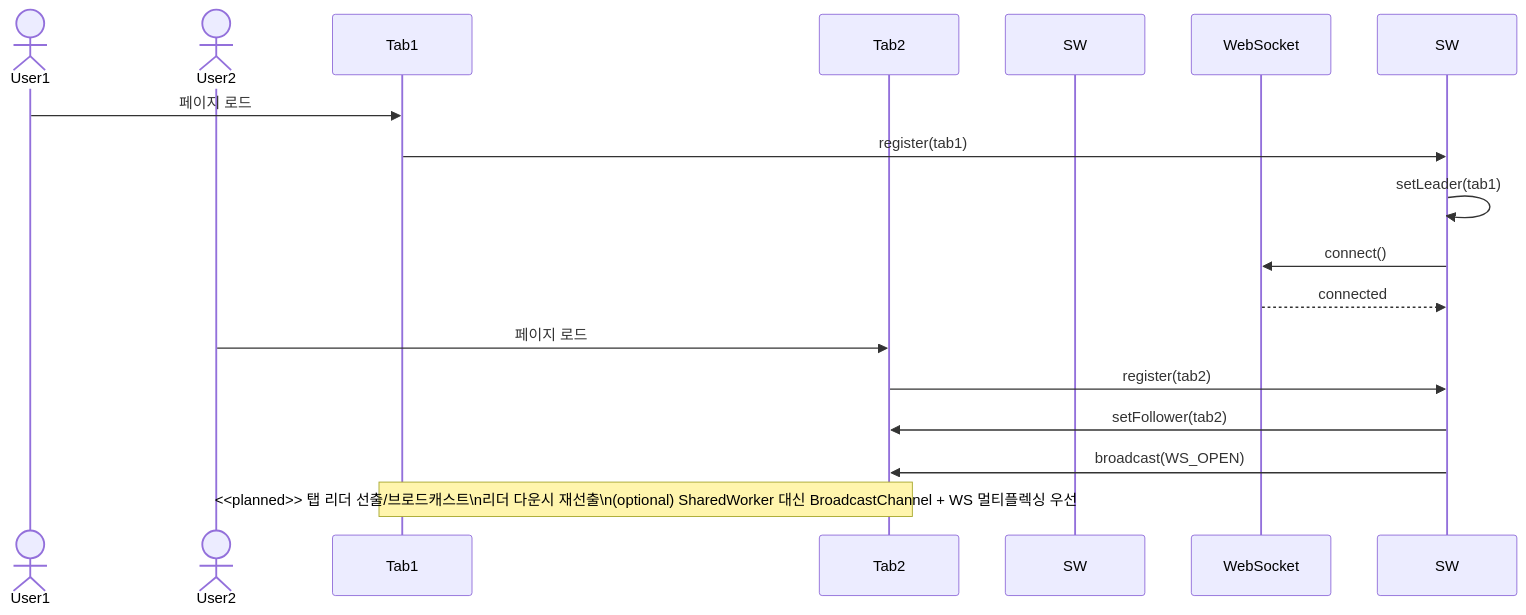
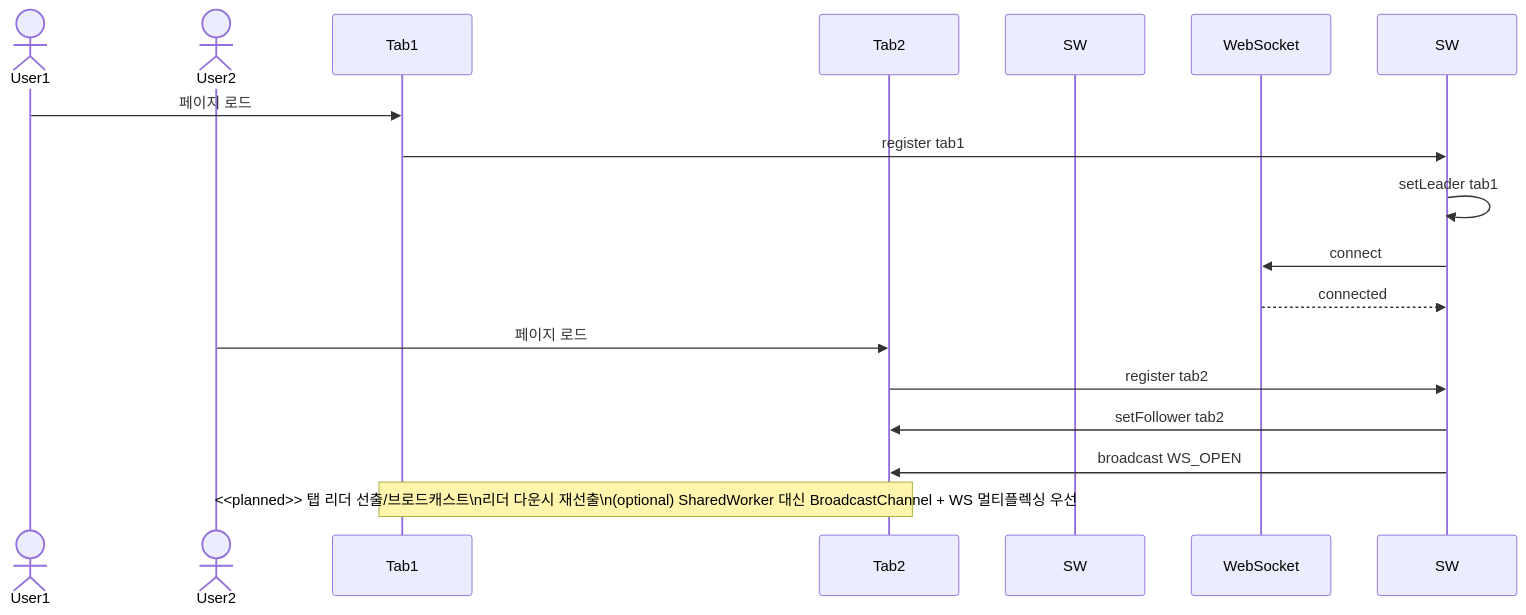
Before and after one commit to SKNETWORKS-FAMILY-AICAMP/SKN12-FINAL-2TEAM: diagram 17 of 31 in FRONTEND_UML_SPECIFICATION.md, drawn with Mermaid. The commit also changed other lines of this file, not shown here.

````diff
--- a/FRONTEND_UML_SPECIFICATION.md
+++ b/FRONTEND_UML_SPECIFICATION.md
@@ -747,22 +747,22 @@
 ```mermaid
 sequenceDiagram
     actor User1
     actor User2
     participant Tab1
     participant Tab2
     participant SharedWorker as SW
     participant WS as WebSocket
     
     User1->>Tab1: 페이지 로드
-    Tab1->>SW: register(tab1)
-    SW->>SW: setLeader(tab1)
-    SW->>WS: connect()
+    Tab1->>SW: register tab1
+    SW->>SW: setLeader tab1
+    SW->>WS: connect
     WS-->>SW: connected
     
     User2->>Tab2: 페이지 로드
-    Tab2->>SW: register(tab2)
-    SW->>Tab2: setFollower(tab2)
-    SW->>Tab2: broadcast(WS_OPEN)
+    Tab2->>SW: register tab2
+    SW->>Tab2: setFollower tab2
+    SW->>Tab2: broadcast WS_OPEN
     
     Note over Tab1,Tab2: <<planned>> 탭 리더 선출/브로드캐스트\n리더 다운시 재선출\n(optional) SharedWorker 대신 BroadcastChannel + WS 멀티플렉싱 우선
 ```
````
